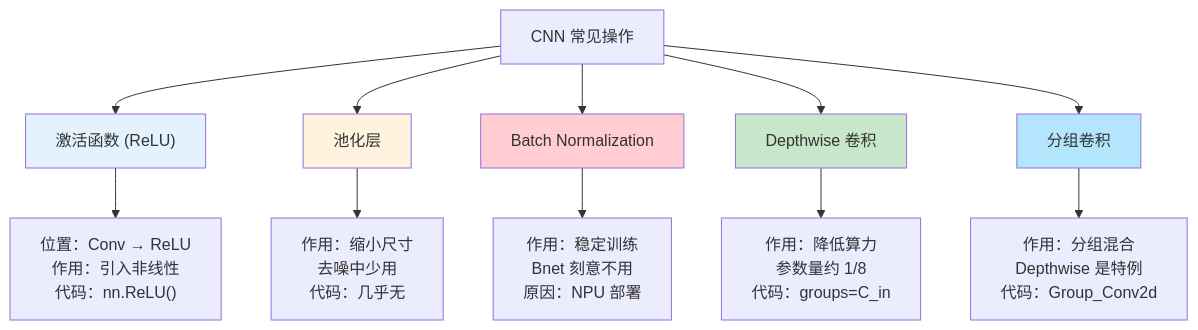
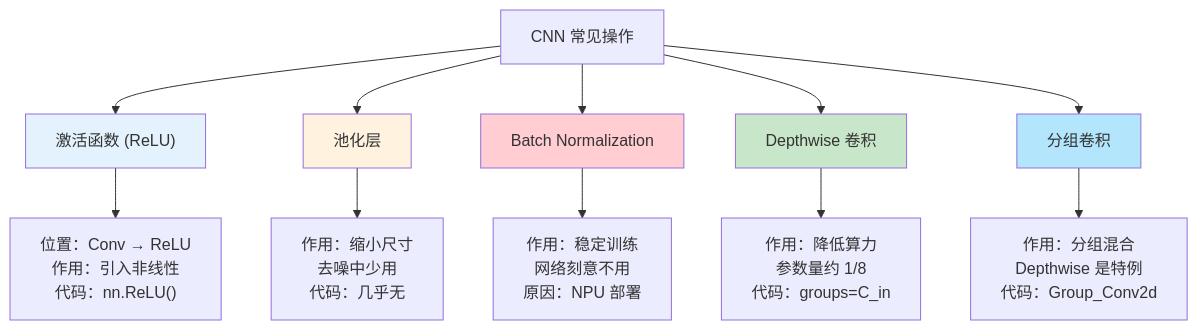
Before and after one commit to bluhuang/blogs-of-bluhuang: the fifth of 5 diagrams in content/AI/4 深度学习/2.6 CNN中的其他常见操作.md, drawn with Mermaid. The commit also changed other lines of this file and 58 other files, not shown here.

````diff
--- a/content/AI/4 深度学习/2.6 CNN中的其他常见操作.md
+++ b/content/AI/4 深度学习/2.6 CNN中的其他常见操作.md
@@ -561,20 +566,20 @@
 ```mermaid
 flowchart TD
     A["CNN 常见操作"] --> B["激活函数 (ReLU)"]
     A --> C["池化层"]
     A --> D["Batch Normalization"]
     A --> E["Depthwise 卷积"]
     A --> F["分组卷积"]
-    
+
     B --> B1["位置：Conv → ReLU<br/>作用：引入非线性<br/>代码：nn.ReLU()"]
     C --> C1["作用：缩小尺寸<br/>去噪中少用<br/>代码：几乎无"]
-    D --> D1["作用：稳定训练<br/>Bnet 刻意不用<br/>原因：NPU 部署"]
+    D --> D1["作用：稳定训练<br/>网络刻意不用<br/>原因：NPU 部署"]
     E --> E1["作用：降低算力<br/>参数量约 1/8<br/>代码：groups=C_in"]
     F --> F1["作用：分组混合<br/>Depthwise 是特例<br/>代码：Group_Conv2d"]
-    
+
     style B fill:#e3f2fd
     style C fill:#fff3e0
     style D fill:#ffcdd2
     style E fill:#c8e6c9
     style F fill:#b3e5fc
 ```
````
